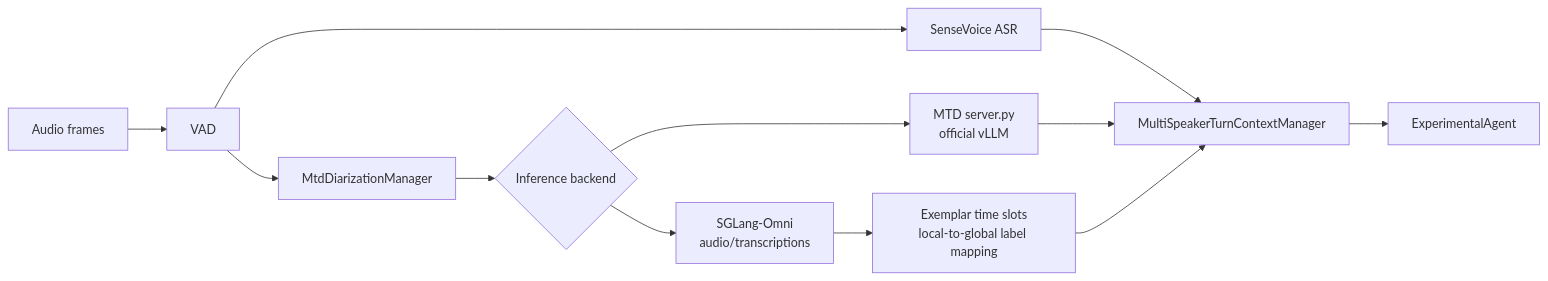
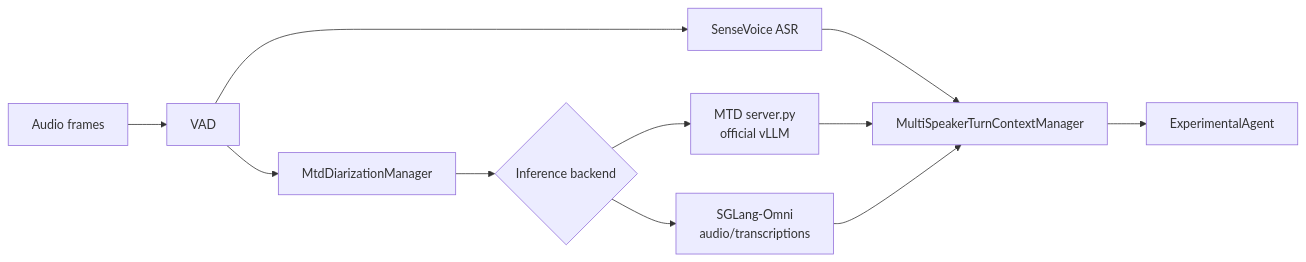
One commit to xcc-zach/xtalk changed the diagram in docs/docs/mtd_multi_speaker_quickstart.md. Above: the diagram before and after it, drawn with Mermaid. The commit also changed other lines of this file and 1 other file, not shown here.

Commit message:
docs(mtd): document fixed-prefix SGLang Omni registration

````diff
--- a/docs/docs/mtd_multi_speaker_quickstart.md
+++ b/docs/docs/mtd_multi_speaker_quickstart.md
@@ -5,14 +5,13 @@
 ```mermaid
 flowchart LR
     Audio[Audio frames] --> VAD[VAD]
     VAD --> ASR[SenseVoice ASR]
     VAD --> MTD[MtdDiarizationManager]
     MTD --> Backend{Inference backend}
     Backend --> VLLM[MTD server.py<br/>official vLLM]
     Backend --> SGLang[SGLang-Omni<br/>audio/transcriptions]
-    SGLang --> Map[Exemplar time slots<br/>local-to-global label mapping]
     ASR --> Join[MultiSpeakerTurnContextManager]
     VLLM --> Join
-    Map --> Join
+    SGLang --> Join
     Join --> Agent[ExperimentalAgent]
 ```
````
